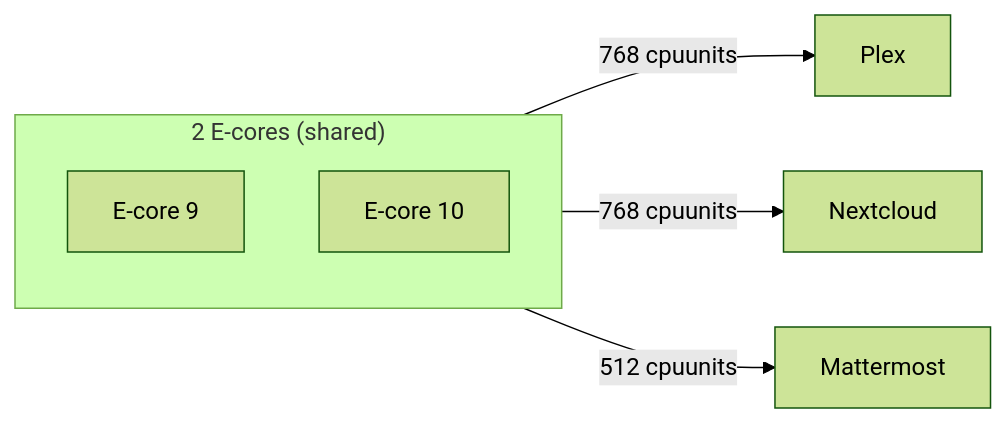
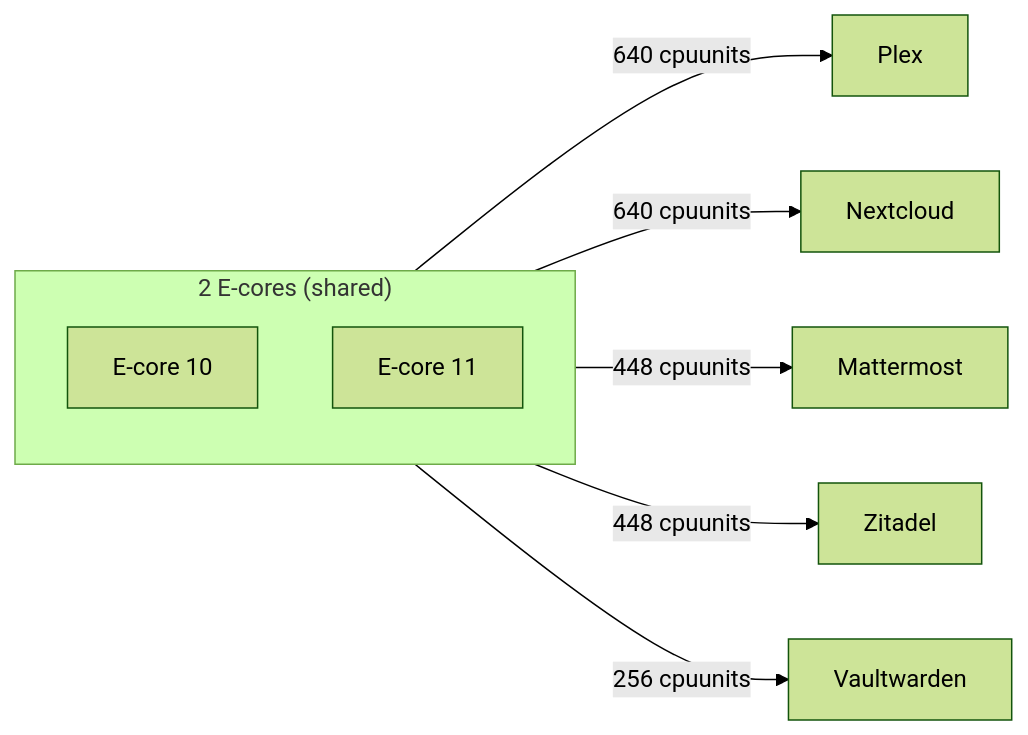
Before and after one commit to wiesion/wiesion.github.io: the sixth of 6 diagrams in _posts/2025-09-28-building-a-private-wooden-cloud-part-1-the-plan.md, drawn with Mermaid (forest theme). The commit also changed other lines of this file and 2 other files, not shown here.

````diff
--- a/_posts/2025-09-28-building-a-private-wooden-cloud-part-1-the-plan.md
+++ b/_posts/2025-09-28-building-a-private-wooden-cloud-part-1-the-plan.md
@@ -250,12 +305,14 @@
 ```mermaid
 graph LR
     subgraph ECORES["2 E-cores (shared)"]
-        E1[E-core 9]
-        E2[E-core 10]
+        E1[E-core 10]
+        E2[E-core 11]
     end
     
-    ECORES -->|768 cpuunits| PLEX[Plex]
-    ECORES -->|768 cpuunits| NC[Nextcloud]
-    ECORES -->|512 cpuunits| MM[Mattermost]
+    ECORES -->|640 cpuunits| PLEX[Plex]
+    ECORES -->|640 cpuunits| NC[Nextcloud]
+    ECORES -->|448 cpuunits| MM[Mattermost]
+    ECORES -->|448 cpuunits| ZIT[Zitadel]
+    ECORES -->|256 cpuunits| VW[Vaultwarden]
     
 ```
````
